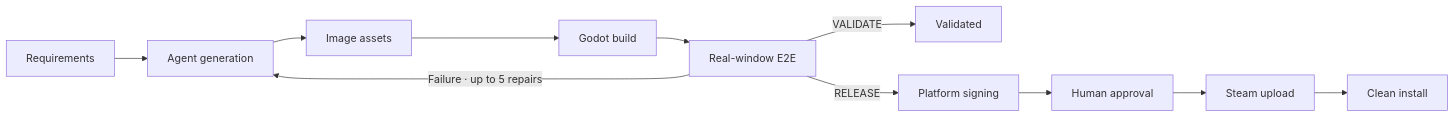
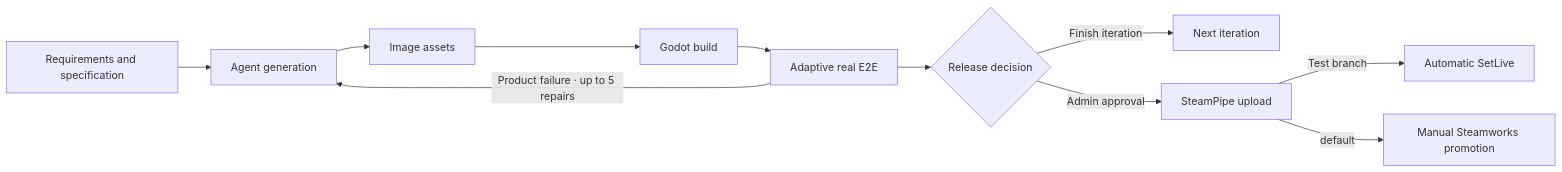
The first of 2 diagrams in README.md (asssaver97/DeviLudo), drawn with Mermaid before and after one commit. The commit also changed other lines of this file and 127 other files, not shown here.

Commit message:
feat: add adaptive E2E and iterative Steam delivery

````diff
--- a/README.md
+++ b/README.md
@@ -199,13 +41,13 @@
 ```mermaid
 flowchart LR
-    A[Requirements] --> B[Agent generation]
+    A[Requirements and specification] --> B[Agent generation]
     B --> C[Image assets]
     C --> D[Godot build]
-    D --> E[Real-window E2E]
-    E -->|Failure · up to 5 repairs| B
-    E -->|VALIDATE| V[Validated]
-    E -->|RELEASE| F[Platform signing]
-    F --> G[Human approval]
-    G --> H[Steam upload]
-    H --> I[Clean install]
+    D --> E[Adaptive real E2E]
+    E -->|Product failure · up to 5 repairs| B
+    E --> F{Release decision}
+    F -->|Finish iteration| G[Next iteration]
+    F -->|Admin approval| H[SteamPipe upload]
+    H -->|Test branch| I[Automatic SetLive]
+    H -->|default| J[Manual Steamworks promotion]
 ```
````
